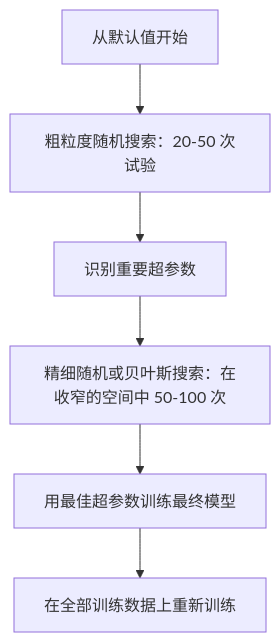
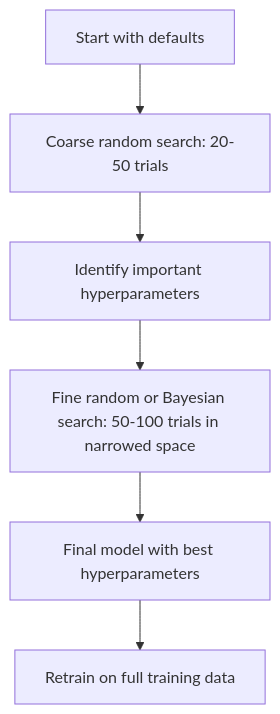
Before and after one commit to xiaojiaenen/ai-engineering-from-scratch-zh: the third of 4 diagrams in i18n/zh/phases/02-ml-fundamentals/12-hyperparameter-tuning/docs/zh.md, drawn with Mermaid. The commit also changed other lines of this file and 18 other files, not shown here.

````diff
--- a/i18n/zh/phases/02-ml-fundamentals/12-hyperparameter-tuning/docs/zh.md
+++ b/i18n/zh/phases/02-ml-fundamentals/12-hyperparameter-tuning/docs/zh.md
@@ -156,8 +156,8 @@
 ```mermaid
 flowchart TD
-    A[从默认值开始] --> B[粗粒度随机搜索：20-50 次试验]
-    B --> C[识别重要超参数]
-    C --> D[精细随机或贝叶斯搜索：在收窄的空间中 50-100 次]
-    D --> E[用最佳超参数训练最终模型]
-    E --> F[在全部训练数据上重新训练]
+    A[Start with defaults] --> B[Coarse random search: 20-50 trials]
+    B --> C[Identify important hyperparameters]
+    C --> D[Fine random or Bayesian search: 50-100 trials in narrowed space]
+    D --> E[Final model with best hyperparameters]
+    E --> F[Retrain on full training data]
 ```
````
